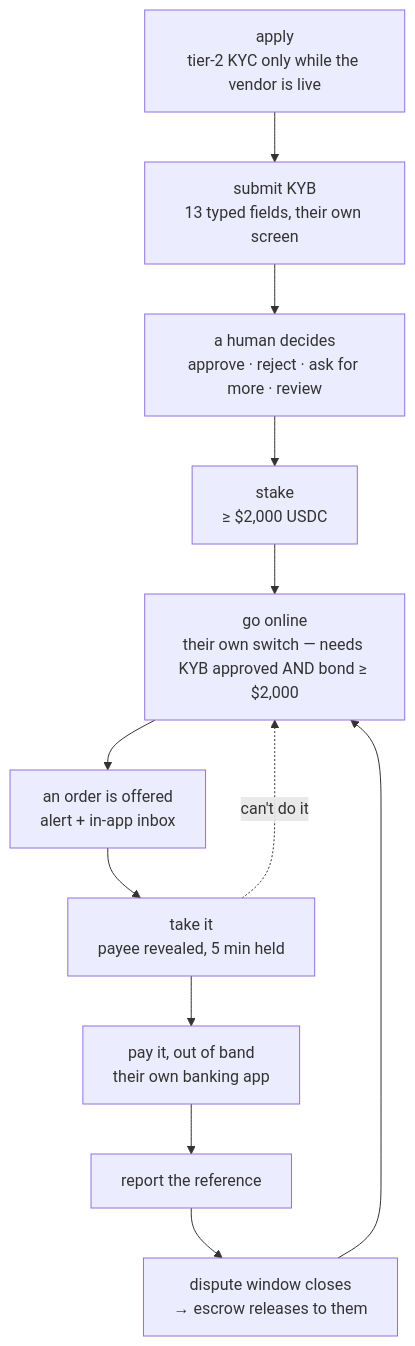
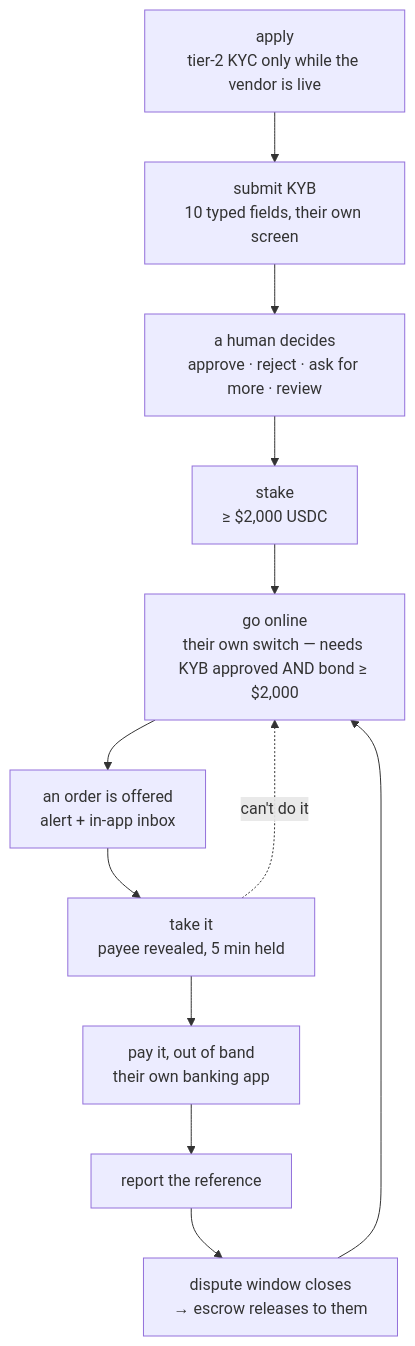
Before and after one commit to unabrijed/frenspay: the diagram in monorepo/docs/11-lp-console.md, drawn with Mermaid. The commit also changed other lines of this file and 3 other files, not shown here.

````diff
--- a/monorepo/docs/11-lp-console.md
+++ b/monorepo/docs/11-lp-console.md
@@ -51,14 +51,14 @@
 ```mermaid
 flowchart TB
-    A["apply<br/>tier-2 KYC only while the vendor is live"] --> B["submit KYB<br/>13 typed fields, their own screen"]
+    A["apply<br/>tier-2 KYC only while the vendor is live"] --> B["submit KYB<br/>10 typed fields, their own screen"]
     B --> B2["a human decides<br/>approve · reject · ask for more · review"]
     B2 --> C["stake<br/>≥ $2,000 USDC"]
     C --> D["go online<br/>their own switch — needs KYB approved AND bond ≥ $2,000"]
     D --> E["an order is offered<br/>alert + in-app inbox"]
     E --> F["take it<br/>payee revealed, 5 min held"]
     F --> G["pay it, out of band<br/>their own banking app"]
     G --> H["report the reference"]
     H --> I["dispute window closes<br/>→ escrow releases to them"]
     I --> D
     F -. "can't do it" .-> D
 ```
````
